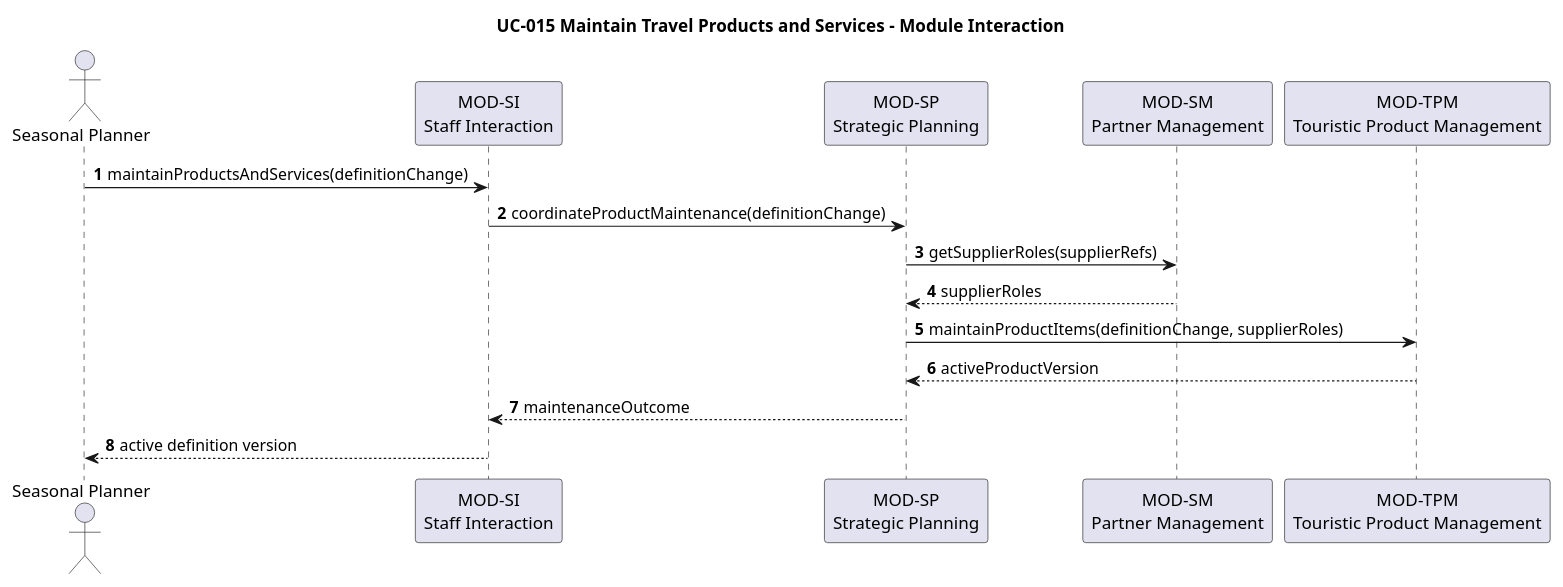
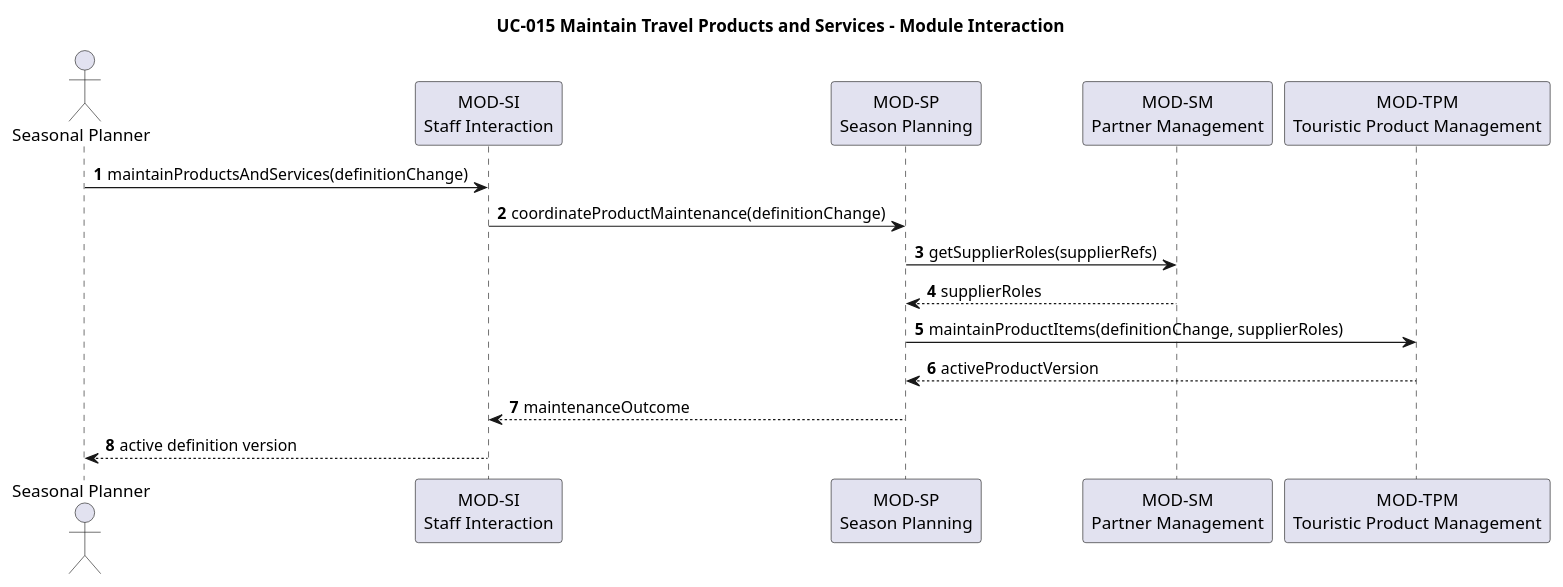
The diagram in docs/architecture/software-architecture/uc-015-maintain-travel-products-and-services.puml (hochschule-darmstadt/a3se_app), drawn with PlantUML before and after one commit. The commit also changed 53 other files, not shown here.

Commit message:
Align domain model and architecture terminology

```diff
--- a/docs/architecture/software-architecture/uc-015-maintain-travel-products-and-services.puml
+++ b/docs/architecture/software-architecture/uc-015-maintain-travel-products-and-services.puml
@@ -1,18 +1,18 @@
 @startuml
 title UC-015 Maintain Travel Products and Services - Module Interaction
 autonumber
 actor "Seasonal Planner" as Planner
 participant "MOD-SI\nStaff Interaction" as SI
-participant "MOD-SP\nStrategic Planning" as SP
+participant "MOD-SP\nSeason Planning" as SP
 participant "MOD-SM\nPartner Management" as SM
 participant "MOD-TPM\nTouristic Product Management" as TPM
 
 Planner -> SI: maintainProductsAndServices(definitionChange)
 SI -> SP: coordinateProductMaintenance(definitionChange)
 SP -> SM: getSupplierRoles(supplierRefs)
 SM --> SP: supplierRoles
 SP -> TPM: maintainProductItems(definitionChange, supplierRoles)
 TPM --> SP: activeProductVersion
 SP --> SI: maintenanceOutcome
 SI --> Planner: active definition version
 @enduml
```
